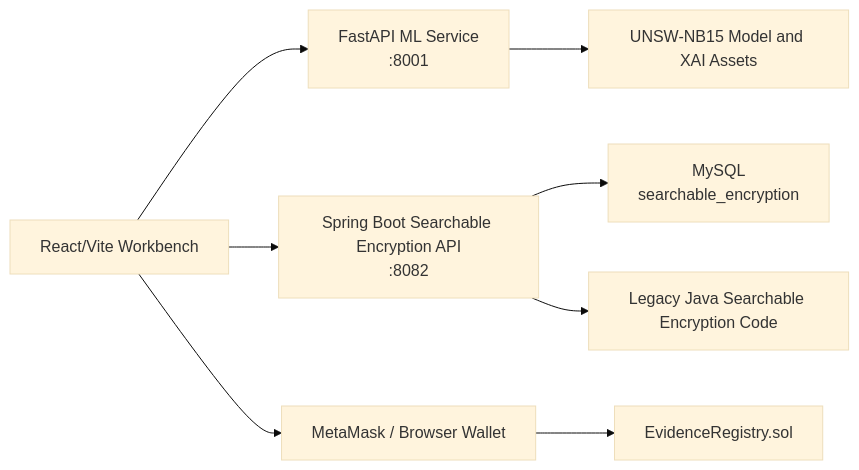
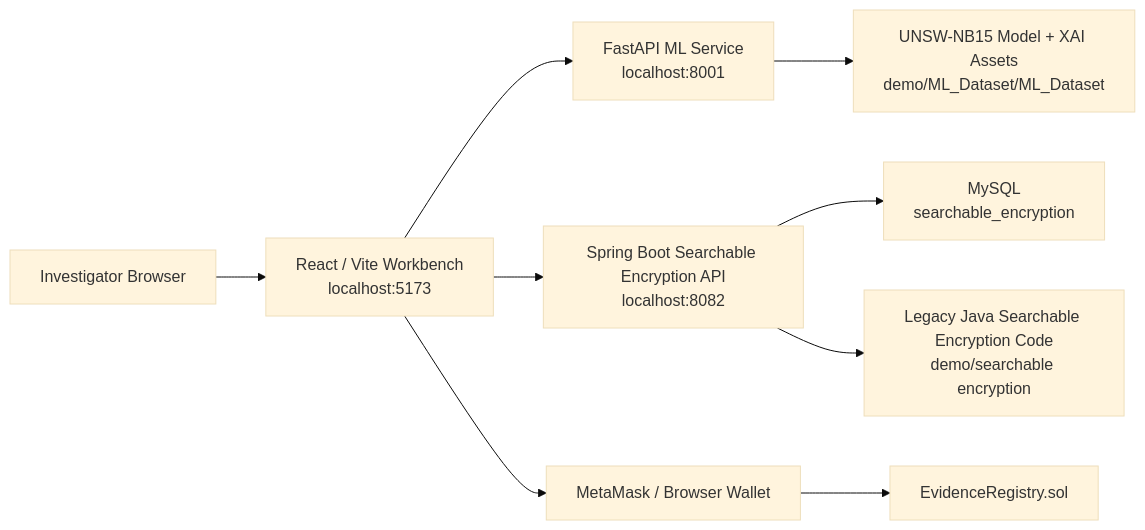
The diagram in README.md (daaaaaataaaaaa/Design-and-Implementation-of-a-Privacy-Preserving-Digital-Forensic-System-for-Encrypted-Data), drawn with Mermaid (base theme) before and after one commit. The commit also changed other lines of this file and 16 other files, not shown here.

````diff
--- a/README.md
+++ b/README.md
@@ -42,10 +47,12 @@
 ```mermaid
 flowchart LR
-  Browser["React/Vite Workbench"] --> ML["FastAPI ML Service<br/>:8001"]
-  Browser --> SE["Spring Boot Searchable Encryption API<br/>:8082"]
-  Browser --> Wallet["MetaMask / Browser Wallet"]
+  Investigator["Investigator Browser"] --> Frontend["React / Vite Workbench<br/>localhost:5173"]
+  Frontend --> ML["FastAPI ML Service<br/>localhost:8001"]
+  Frontend --> SE["Spring Boot Searchable Encryption API<br/>localhost:8082"]
+  Frontend --> Wallet["MetaMask / Browser Wallet"]
+
+  ML --> Assets["UNSW-NB15 Model + XAI Assets<br/>demo/ML_Dataset/ML_Dataset"]
   SE --> MySQL["MySQL<br/>searchable_encryption"]
-  SE --> Legacy["Legacy Java Searchable Encryption Code"]
-  ML --> Assets["UNSW-NB15 Model and XAI Assets"]
+  SE --> LegacySE["Legacy Java Searchable Encryption Code<br/>demo/searchable encryption"]
   Wallet --> Contract["EvidenceRegistry.sol"]
 ```
````
